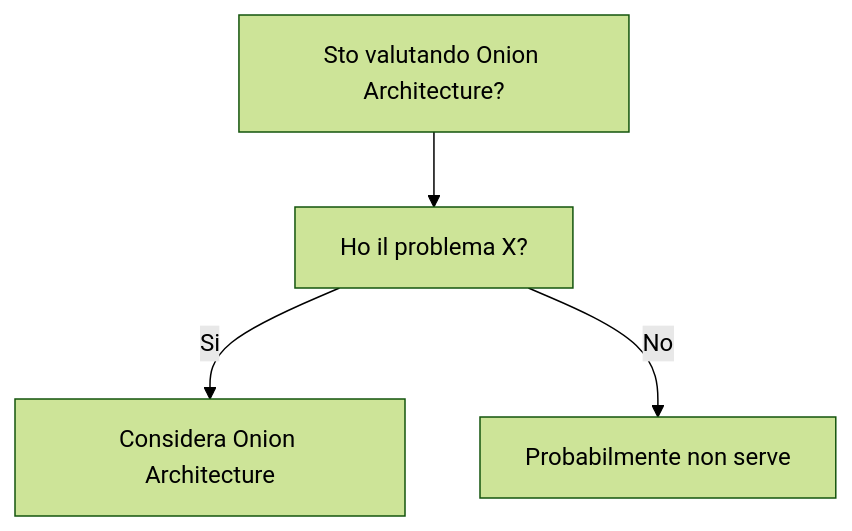
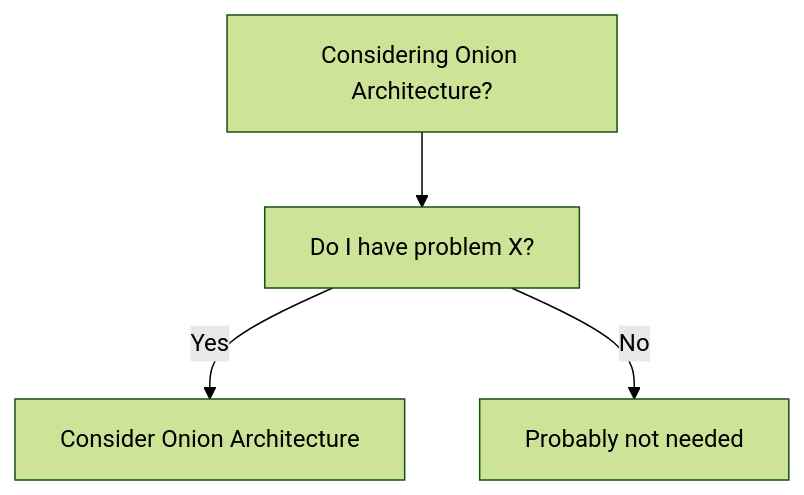
Before and after one commit to HxT9/Software-Dev-Wiki: the diagram in dev-wiki/02_Architecture/Onion_Architecture/When_To_Use.md, drawn with Mermaid (forest theme). The commit also changed other lines of this file and 3444 other files, not shown here.

````diff
--- a/dev-wiki/02_Architecture/Onion_Architecture/When_To_Use.md
+++ b/dev-wiki/02_Architecture/Onion_Architecture/When_To_Use.md
@@ -19,6 +19,6 @@
 ```mermaid
 flowchart TD
-  Q[Sto valutando Onion Architecture?] --> Q1[Ho il problema X?]
-  Q1 -->|Si| OK[Considera Onion Architecture]
-  Q1 -->|No| NO[Probabilmente non serve]
+  Q[Considering Onion Architecture?] --> Q1[Do I have problem X?]
+  Q1 -->|Yes| OK[Consider Onion Architecture]
+  Q1 -->|No| NO[Probably not needed]
 ```
````
